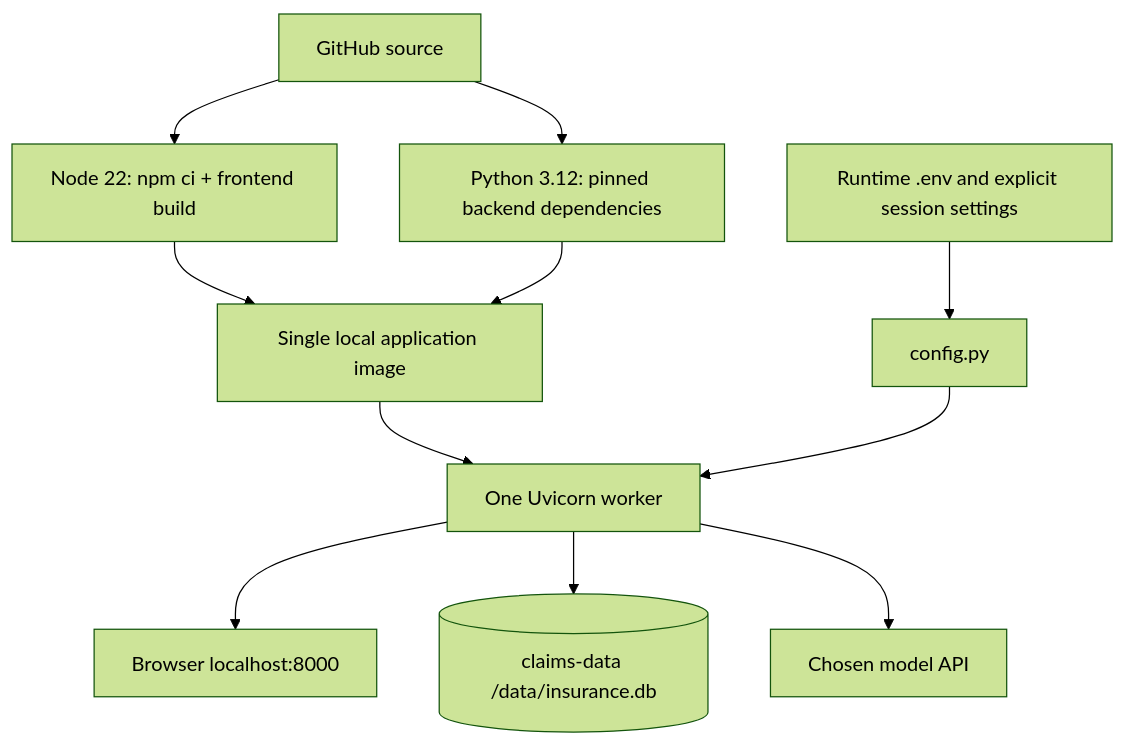
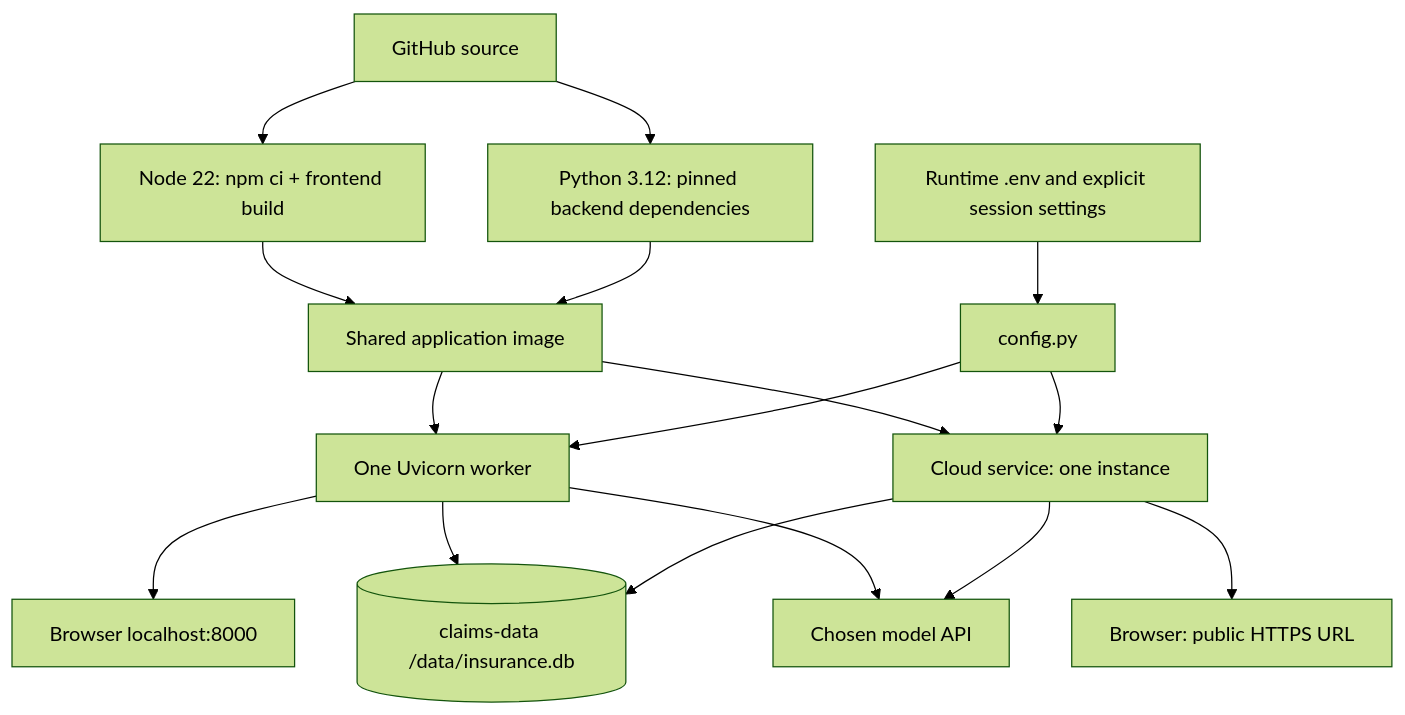
One commit to XinhaoTheo/insurance-claims-sop-agent changed the tenth of 10 diagrams in docs/architecture.md. Above: the diagram before and after it, drawn with Mermaid (forest theme). The commit also changed other lines of this file and 2 other files, not shown here.

````diff
--- a/docs/architecture.md
+++ b/docs/architecture.md
@@ -203,13 +207,18 @@
 ```mermaid
 flowchart TD
     Source["GitHub source"] --> Node["Node 22: npm ci + frontend build"]
     Source --> Python["Python 3.12: pinned backend dependencies"]
-    Node --> Image["Single local application image"]
+    Node --> Image["Shared application image"]
     Python --> Image
     Image --> Container["One Uvicorn worker"]
     Env["Runtime .env and explicit session settings"] --> Config["config.py"]
     Config --> Container
     Container --> UI["Browser localhost:8000"]
+    Image --> Cloud["Cloud service: one instance"]
+    Cloud --> URL["Browser: public HTTPS URL"]
     Container --> Volume[("claims-data /data/insurance.db")]
     Container --> Model["Chosen model API"]
+    Config --> Cloud
+    Cloud --> Volume
+    Cloud --> Model
 ```
````
